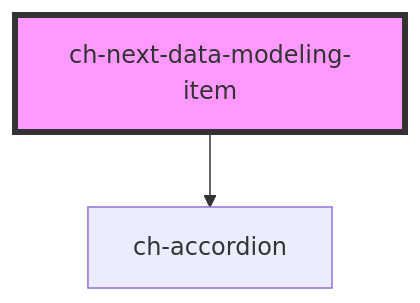
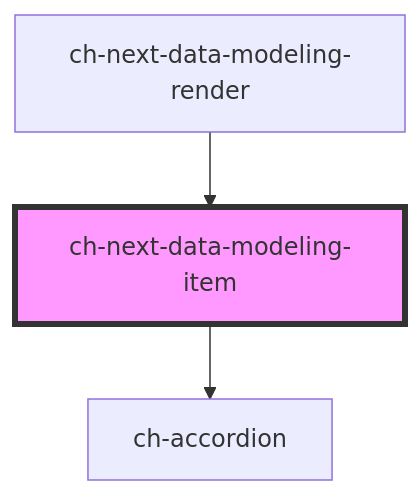
Before and after one commit to genexuslabs/chameleon-controls-library: the diagram in src/components/next/data-modeling-item/readme.md, drawn with Mermaid. The commit also changed other lines of this file and 2 other files, not shown here.

````diff
--- a/src/components/next/data-modeling-item/readme.md
+++ b/src/components/next/data-modeling-item/readme.md
@@ -106,5 +111,6 @@
 ```mermaid
 graph TD;
   ch-next-data-modeling-item --> ch-accordion
+  ch-next-data-modeling-render --> ch-next-data-modeling-item
   style ch-next-data-modeling-item fill:#f9f,stroke:#333,stroke-width:4px
 ```
````
